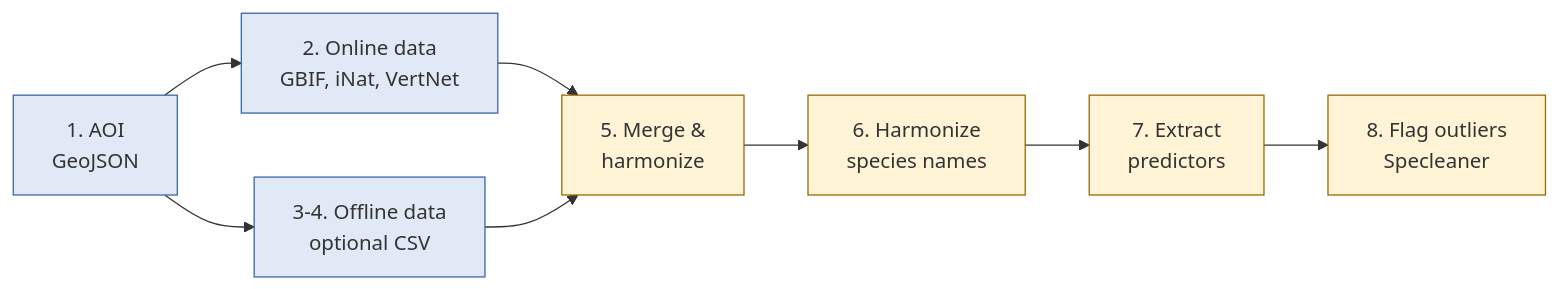
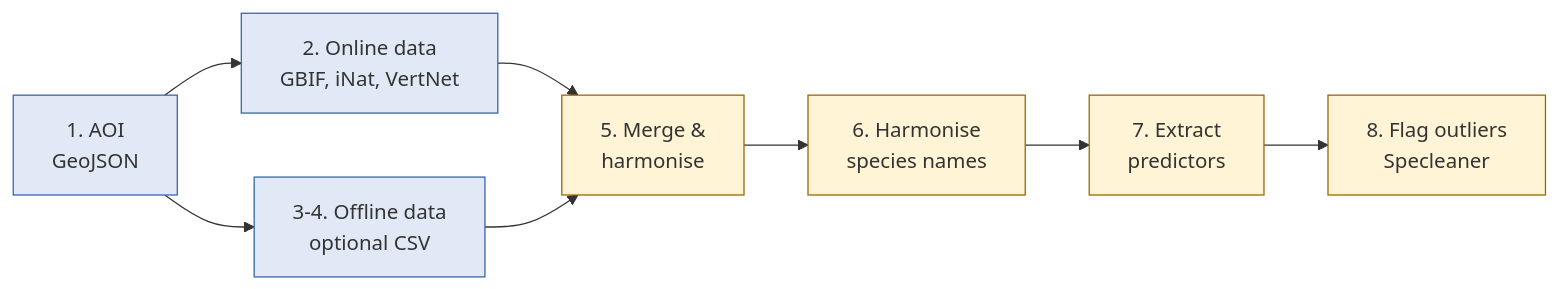
Before and after one commit to Mehrad1994/AquaINFRA_Training_Handbooks: the diagram in docs/trainings/pan-european-use-case/07_workflow_acquisition.md, drawn with Mermaid. The commit also changed 21 other files, not shown here.

````diff
--- a/docs/trainings/pan-european-use-case/07_workflow_acquisition.md
+++ b/docs/trainings/pan-european-use-case/07_workflow_acquisition.md
@@ -37,18 +37,18 @@
 ```mermaid
 flowchart LR
     A["1. AOI<br/>GeoJSON"] --> B["2. Online data<br/>GBIF, iNat, VertNet"]
     A --> C["3-4. Offline data<br/>optional CSV"]
-    B --> M["5. Merge &<br/>harmonize"]
+    B --> M["5. Merge &<br/>harmonise"]
     C --> M
-    M --> N["6. Harmonize<br/>species names"]
+    M --> N["6. Harmonise<br/>species names"]
     N --> O["7. Extract<br/>predictors"]
     O --> P["8. Flag outliers<br/>Specleaner"]
 
     style A fill:#e1e9f6,stroke:#3564AC
     style B fill:#e1e9f6,stroke:#3564AC
     style C fill:#e1e9f6,stroke:#3564AC
     style M fill:#fff4d6,stroke:#9a6700
     style N fill:#fff4d6,stroke:#9a6700
     style O fill:#fff4d6,stroke:#9a6700
     style P fill:#fff4d6,stroke:#9a6700
 ```
````
